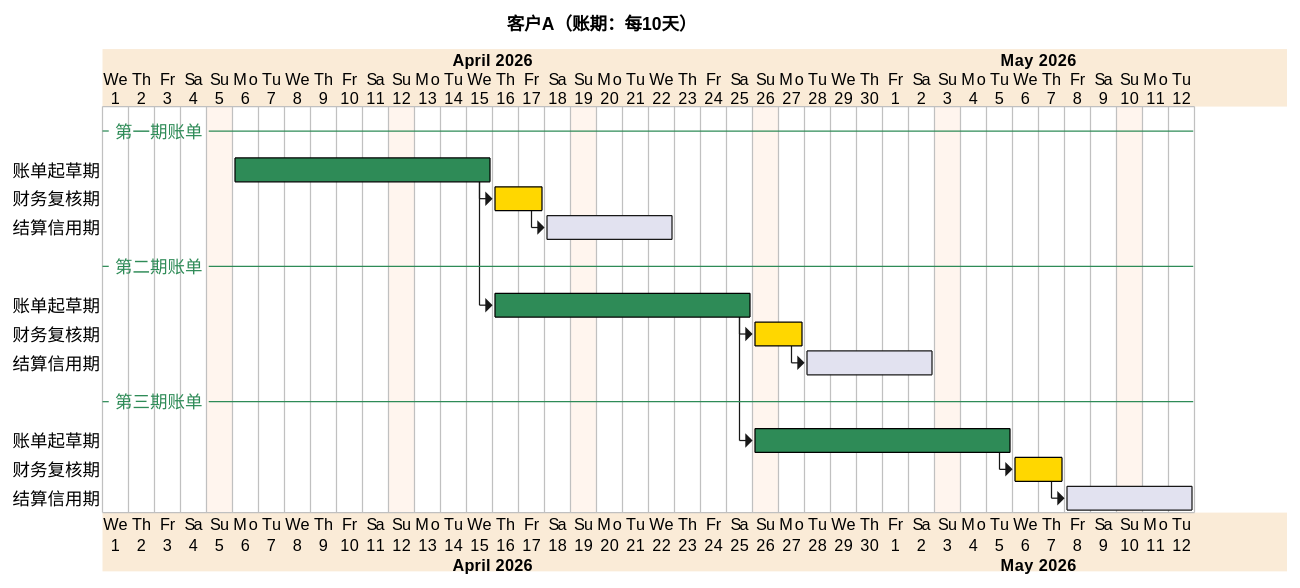
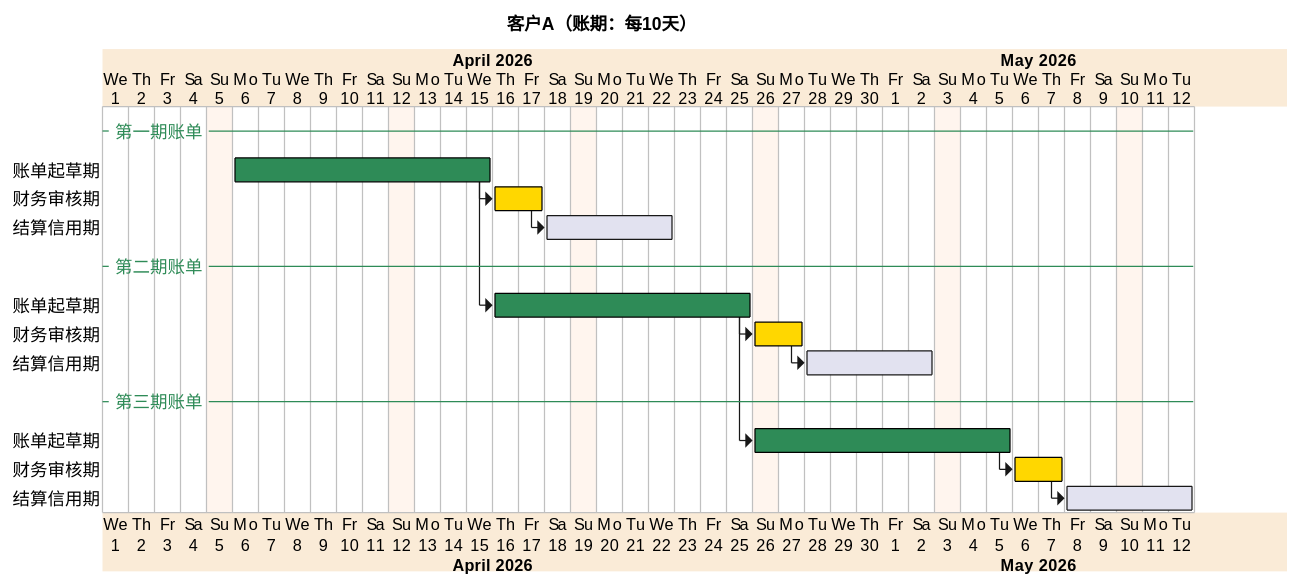
The seventh of 12 diagrams in product-caliber/bms/prd/财务系统.PRD.md (jack888332/projects-doc), drawn with PlantUML before and after one commit. The commit also changed other lines of this file and 16 other files, not shown here.

````diff
--- a/product-caliber/bms/prd/财务系统.PRD.md
+++ b/product-caliber/bms/prd/财务系统.PRD.md
@@ -671,53 +1249,53 @@
 ```plantuml
 @startgantt
 title 客户A（账期：每10天）
 <style>
 ganttDiagram {
 	timeline {
         FontSize 13
         BackgroundColor AntiqueWhite
 	}
 	task {
 		FontSize 14
 	}
     arrow {
 		LineThickness 1.0
 	}
     separator {
 		FontSize 14
 		FontColor SeaGreen
 		LineColor SeaGreen
 	}
 }
 </style>
 
 printscale daily
 Label on first column and left aligned
 sunday is colored in SeaShell
 Project starts 2026/04/01
 
 -- 第一期账单 --
 [账单起草期] as [T1] starts 2026/04/06 and requires 10 day 
-then [财务复核期] as [T1.1] requires 2 days
+then [财务审核期] as [T1.1] requires 2 days
 then [结算信用期] as [T1.2] requires 5 days
 
 [T1] is colored in SeaGreen/Black
 [T1.1] is colored in Gold/Black
 
 -- 第二期账单 --
 [账单起草期] as [T2] starts at [T1]'s end and requires 10 day
-then [财务复核期] as [T2.1] requires 2 days
+then [财务审核期] as [T2.1] requires 2 days
 then [结算信用期] as [T2.2] requires 5 days
 
 [T2] is colored in SeaGreen/Black
 [T2.1] is colored in Gold/Black
 
 -- 第三期账单 --
 [账单起草期] as [T3] starts at [T2]'s end and requires 10 day
-then [财务复核期] as [T3.1] requires 2 days
+then [财务审核期] as [T3.1] requires 2 days
 then [结算信用期] as [T3.2] requires 5 days
 
 [T3] is colored in SeaGreen/Black
 [T3.1] is colored in Gold/Black
 @endgantt
 ```
````
